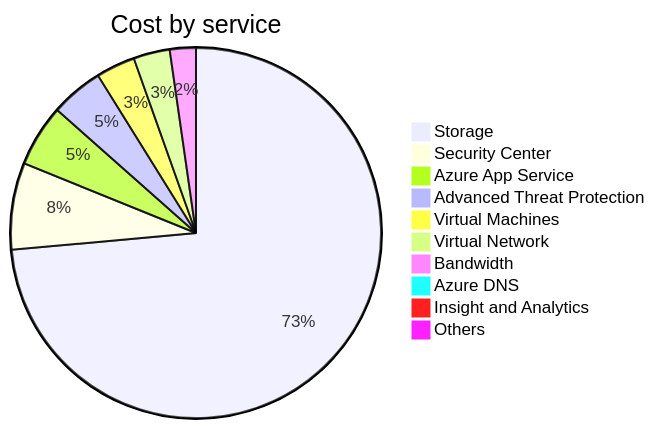
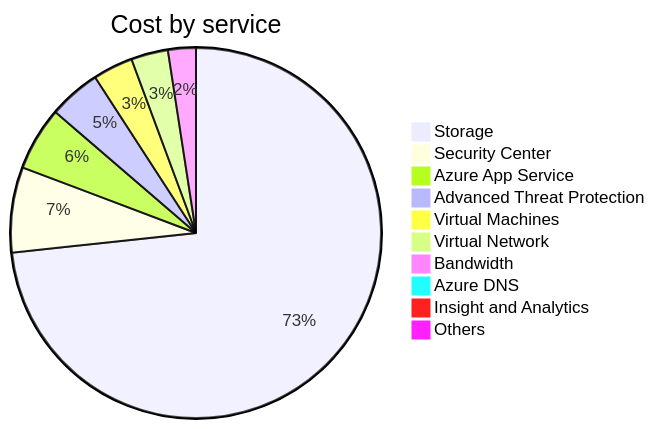
Before and after one commit to jpfulton/azure-personal-reports: the second of 4 diagrams in cost-reports/accumulated-cost.md, drawn with Mermaid. The commit also changed other lines of this file and 4 other files, not shown here.

````diff
--- a/cost-reports/accumulated-cost.md
+++ b/cost-reports/accumulated-cost.md
@@ -102,14 +102,14 @@
 ```mermaid
 pie
    title Cost by service
-   "Storage" : 192.24
+   "Storage" : 194.57
    "Security Center" : 19.78
-   "Azure App Service" : 14.15
-   "Advanced Threat Protection" : 12.03
-   "Virtual Machines" : 8.92
-   "Virtual Network" : 8.29
-   "Bandwidth" : 5.94
-   "Azure DNS" : 1.17
+   "Azure App Service" : 14.74
+   "Advanced Threat Protection" : 12.06
+   "Virtual Machines" : 9.28
+   "Virtual Network" : 8.55
+   "Bandwidth" : 6.46
+   "Azure DNS" : 1.22
    "Insight and Analytics" : 0.00
    "Others" : 0.00
 ```
````
